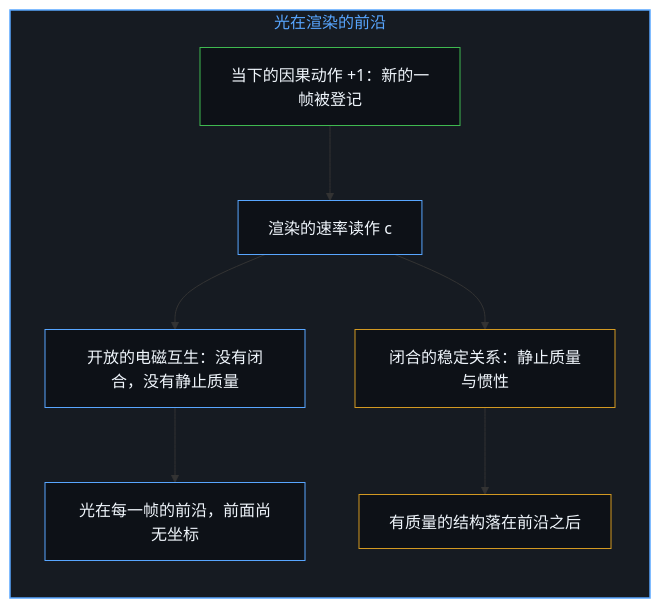
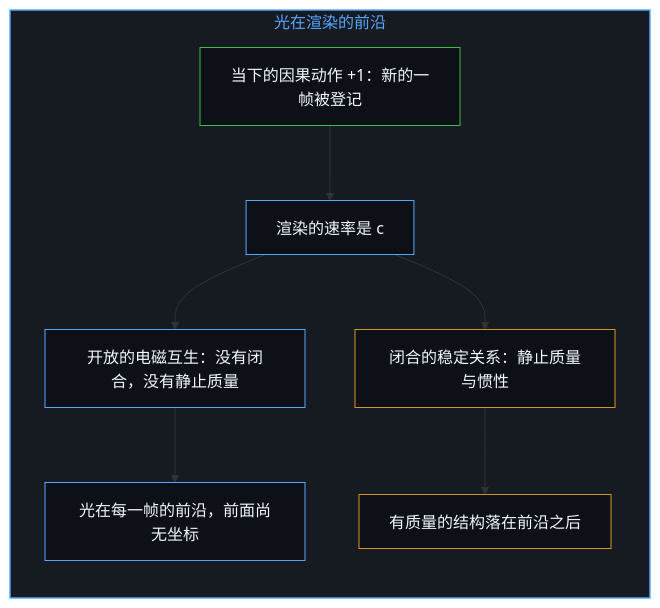
Before and after one commit to powerpig99/not-a-toe: the first of 12 diagrams in content/posts/when-electrons-think.md, drawn with Mermaid. The commit also changed other lines of this file and 27 other files, not shown here.

````diff
--- a/content/posts/when-electrons-think.md
+++ b/content/posts/when-electrons-think.md
@@ -21,25 +21,24 @@
 ```mermaid
 flowchart TD
     subgraph S_Front["光在渲染的前沿"]
         direction TB
         Act["当下的因果动作 +1：新的一帧被登记"]
-        Rate["渲染的速率读作 c"]
+        Rate["渲染的速率是 c"]
         Open["开放的电磁互生：没有闭合，没有静止质量"]
         Closed["闭合的稳定关系：静止质量与惯性"]
         Front["光在每一帧的前沿，前面尚无坐标"]
         Behind["有质量的结构落在前沿之后"]
         Act --> Rate
         Rate --> Open
         Rate --> Closed
         Open --> Front
         Closed --> Behind
     end
-
     style S_Front fill:#161b22,stroke:#58a6ff,stroke-width:1.5px,color:#58a6ff
     style Act fill:#0d1117,stroke:#3fb950,stroke-width:1px,color:#f0f6fc
     style Rate fill:#0d1117,stroke:#58a6ff,stroke-width:1px,color:#f0f6fc
     style Open fill:#0d1117,stroke:#58a6ff,stroke-width:1px,color:#f0f6fc
     style Closed fill:#0d1117,stroke:#d29922,stroke-width:1px,color:#f0f6fc
     style Front fill:#0d1117,stroke:#58a6ff,stroke-width:1px,color:#f0f6fc
     style Behind fill:#0d1117,stroke:#d29922,stroke-width:1px,color:#f0f6fc
 ```
````
